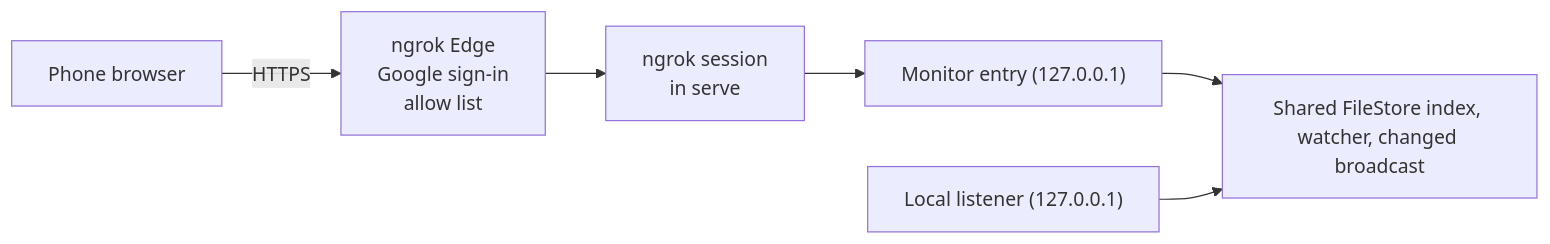
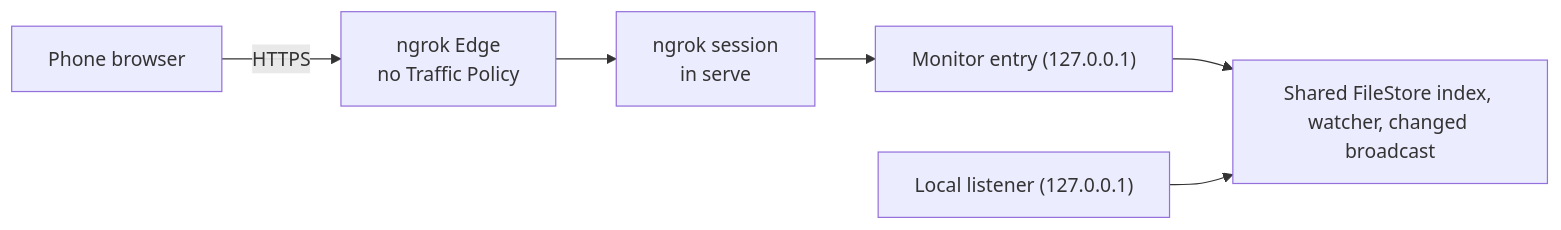
Before and after one commit to FooQoo/agent-board: the diagram in docs/dev/concepts/remote-access.md, drawn with Mermaid. The commit also changed other lines of this file and 80 other files, not shown here.

First line of the commit message:
Replace Google sign-in with a passcode and drop the Traffic Policy

````diff
--- a/docs/dev/concepts/remote-access.md
+++ b/docs/dev/concepts/remote-access.md
@@ -7,8 +7,8 @@
 ```mermaid
 flowchart LR
-    Phone["Phone browser"] -->|HTTPS| Edge["ngrok Edge<br/>Google sign-in<br/>allow list"]
+    Phone["Phone browser"] -->|HTTPS| Edge["ngrok Edge<br/>no Traffic Policy"]
     Edge --> Tunnel["ngrok session<br/>in serve"]
     Tunnel --> Entry["Monitor entry (127.0.0.1)"]
     Entry --> Shared["Shared FileStore index, watcher, changed broadcast"]
     LL["Local listener (127.0.0.1)"] --> Shared
 ```
````
